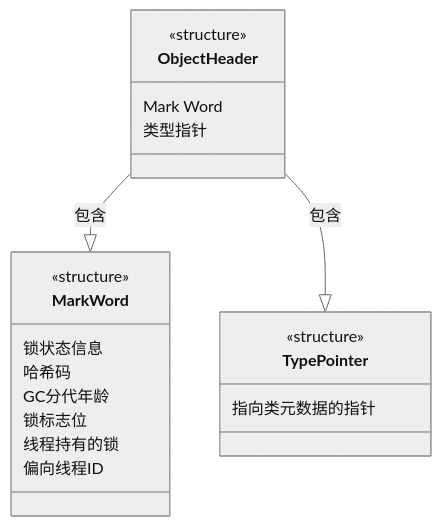
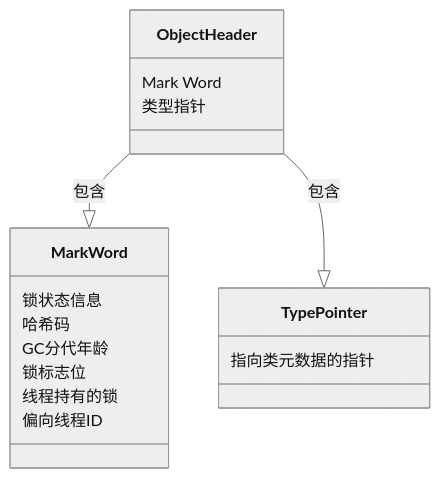
One commit to jaspercliff/jaspernote changed the fourth of 4 diagrams in java/jvm/锁的优化和升级.md. Above: the diagram before and after it, drawn with Mermaid (neutral theme). The commit also changed 17 other files, not shown here.

````diff
--- a/java/jvm/锁的优化和升级.md
+++ b/java/jvm/锁的优化和升级.md
@@ -150,27 +150,23 @@
 ```mermaid
 classDiagram
-    class ObjectHeader{
-      <<structure>>
-      Mark Word
-      类型指针
+    class ObjectHeader {
+        Mark Word
+        类型指针
     }
 
-    
-    class MarkWord{
-      <<structure>>
-      锁状态信息
-      哈希码
-      GC分代年龄
-      锁标志位
-      线程持有的锁
-      偏向线程ID
+    class MarkWord {
+        锁状态信息
+        哈希码
+        GC分代年龄
+        锁标志位
+        线程持有的锁
+        偏向线程ID
     }
-    
-    class TypePointer{
-      <<structure>>
-      指向类元数据的指针
+
+    class TypePointer {
+        指向类元数据的指针
     }
-    
+
     ObjectHeader --|> MarkWord: 包含
     ObjectHeader --|> TypePointer: 包含
 ```
````
